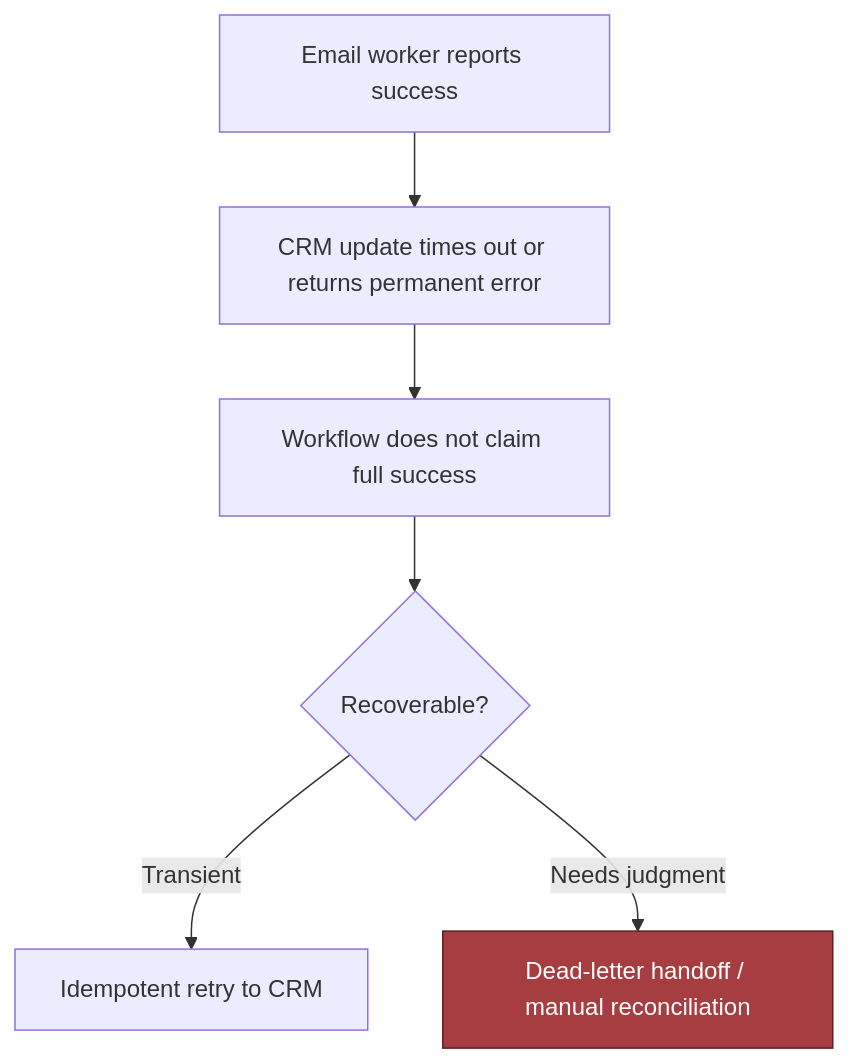
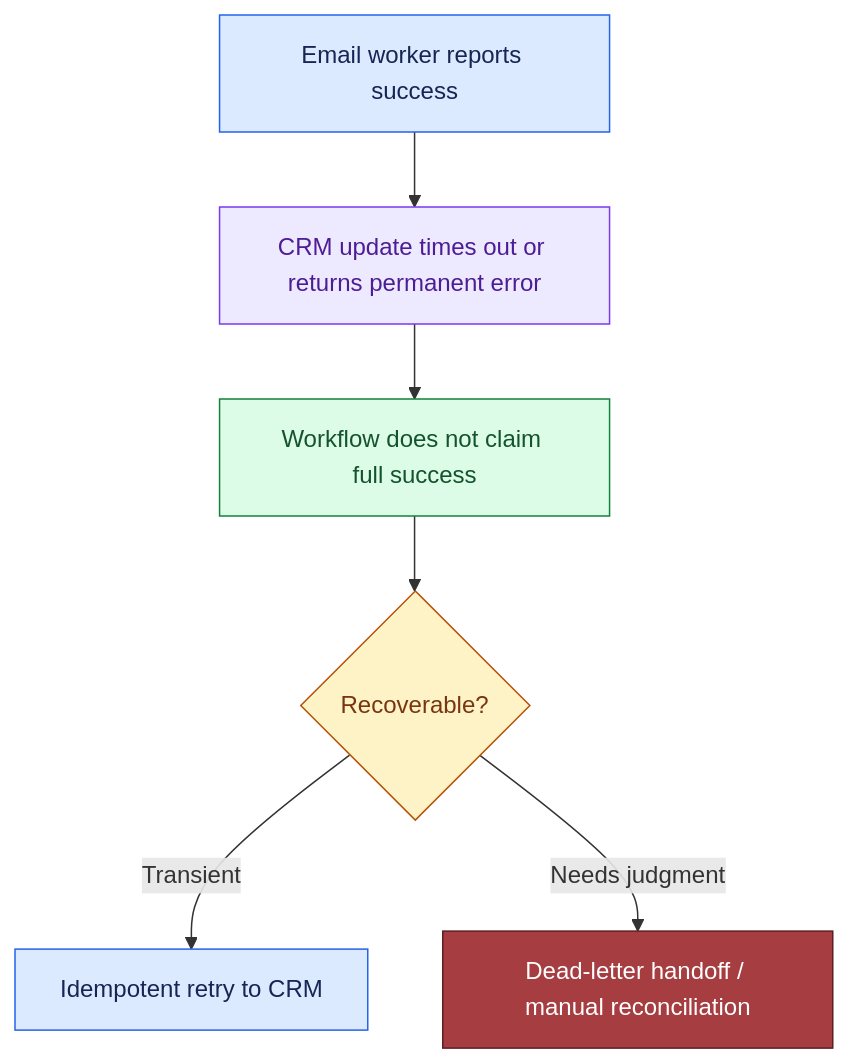
The second of 5 diagrams in site/content/modules/15-fde-case-studies/standalone-designs/reliable-workflow-orchestration/tutorial-v2-part-6.md (Sourav692/Forward-Deployed-Engineer-Interview-Prep), drawn with Mermaid before and after one commit. The commit also changed other lines of this file and 1268 other files, not shown here.

First line of the commit message:
content: polish Casebook writing and Mermaid diagrams (#251)

````diff
--- a/site/content/modules/15-fde-case-studies/standalone-designs/reliable-workflow-orchestration/tutorial-v2-part-6.md
+++ b/site/content/modules/15-fde-case-studies/standalone-designs/reliable-workflow-orchestration/tutorial-v2-part-6.md
@@ -57,9 +65,19 @@
 ```mermaid
 flowchart TD
   A["Email worker reports success"] --> B["CRM update times out or returns permanent error"]
   B --> C["Workflow does not claim full success"]
   C --> D{"Recoverable?"}
   D -->|"Transient"| E["Idempotent retry to CRM"]
   D -->|"Needs judgment"| F["Dead-letter handoff / manual reconciliation"]
   style F fill:#a63d40,stroke:#5c1f22,color:#fff
+
+    %% Casebook colours: entry, reasoning, results, controls, and stopped paths.
+    classDef cbInput fill:#dbeafe,stroke:#2563eb,color:#172554
+    class A,E cbInput
+    classDef cbReason fill:#ede9fe,stroke:#7c3aed,color:#4c1d95
+    class B,F cbReason
+    classDef cbAction fill:#dcfce7,stroke:#15803d,color:#14532d
+    class C cbAction
+    classDef cbPolicy fill:#fef3c7,stroke:#b45309,color:#78350f
+    class D cbPolicy
 ```
````
